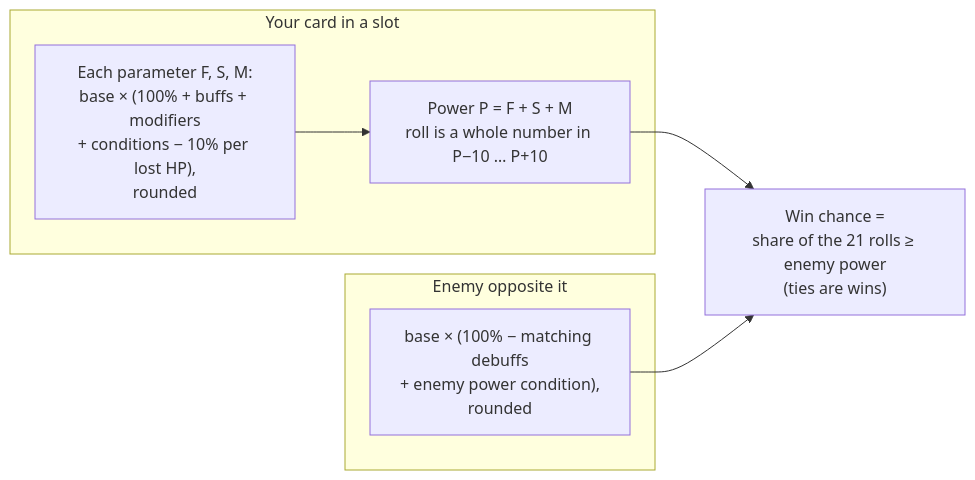
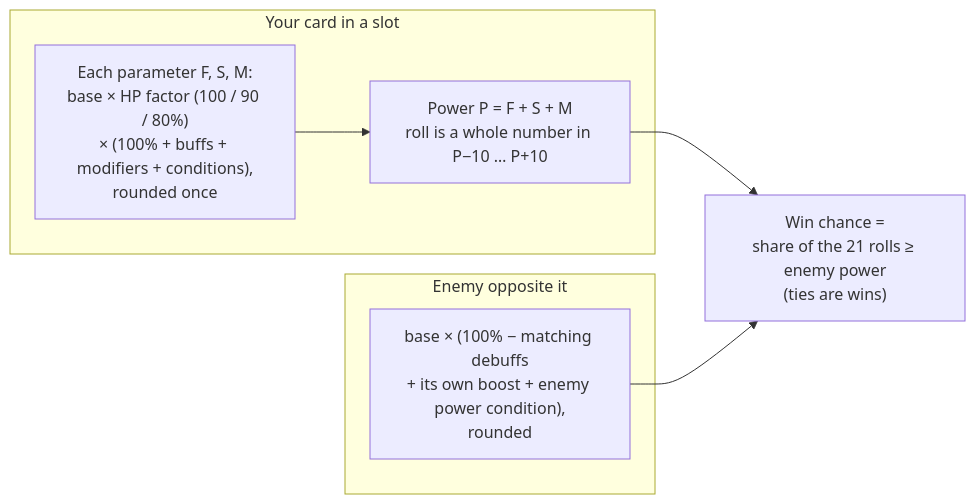
One commit to zobayer1/wowscardsolver changed the third of 3 diagrams in docs/SOLVER.md. Above: the diagram before and after it, drawn with Mermaid. The commit also changed other lines of this file and 20 other files, not shown here.

````diff
--- a/docs/SOLVER.md
+++ b/docs/SOLVER.md
@@ -68,10 +95,10 @@
 ```mermaid
 flowchart LR
     subgraph Card ["Your card in a slot"]
-        C1["Each parameter F, S, M:<br/>base × (100% + buffs + modifiers<br/>+ conditions − 10% per lost HP),<br/>rounded"] --> C2["Power P = F + S + M<br/>roll is a whole number in P−10 … P+10"]
+        C1["Each parameter F, S, M:<br/>base × HP factor (100 / 90 / 80%)<br/>× (100% + buffs + modifiers + conditions),<br/>rounded once"] --> C2["Power P = F + S + M<br/>roll is a whole number in P−10 … P+10"]
     end
     subgraph Enemy ["Enemy opposite it"]
-        E1["base × (100% − matching debuffs<br/>+ enemy power condition),<br/>rounded"]
+        E1["base × (100% − matching debuffs<br/>+ its own boost + enemy power condition),<br/>rounded"]
     end
     C2 & E1 --> W["Win chance =<br/>share of the 21 rolls ≥ enemy power<br/>(ties are wins)"]
 ```
````
